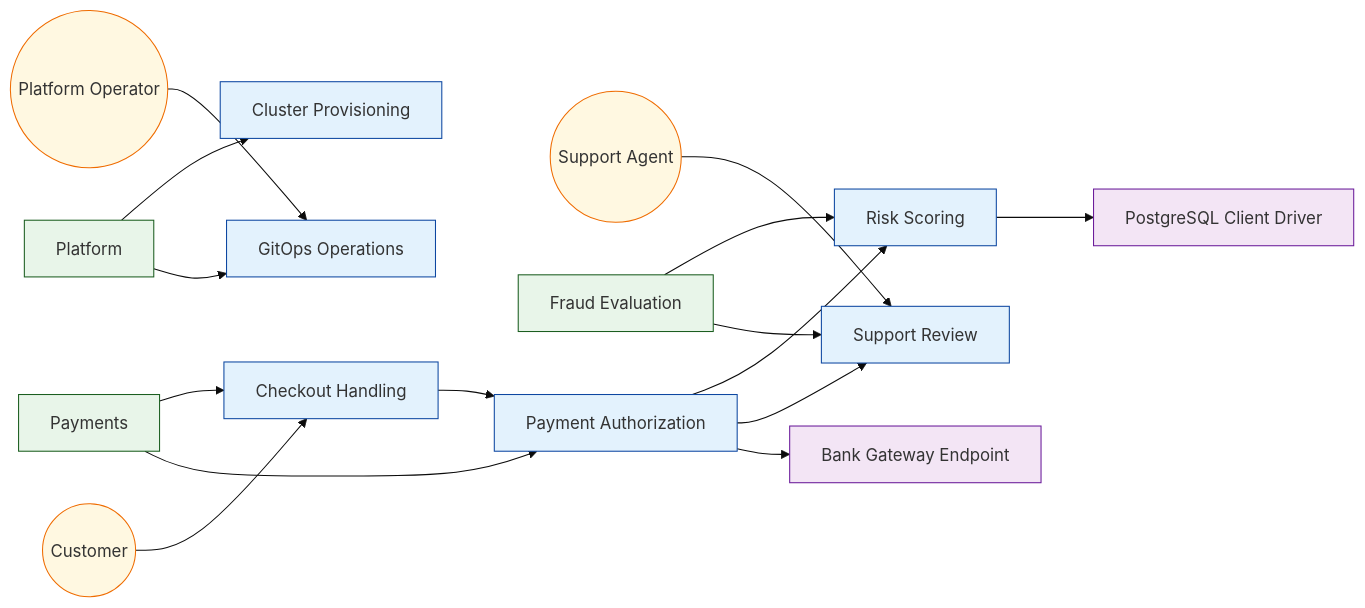
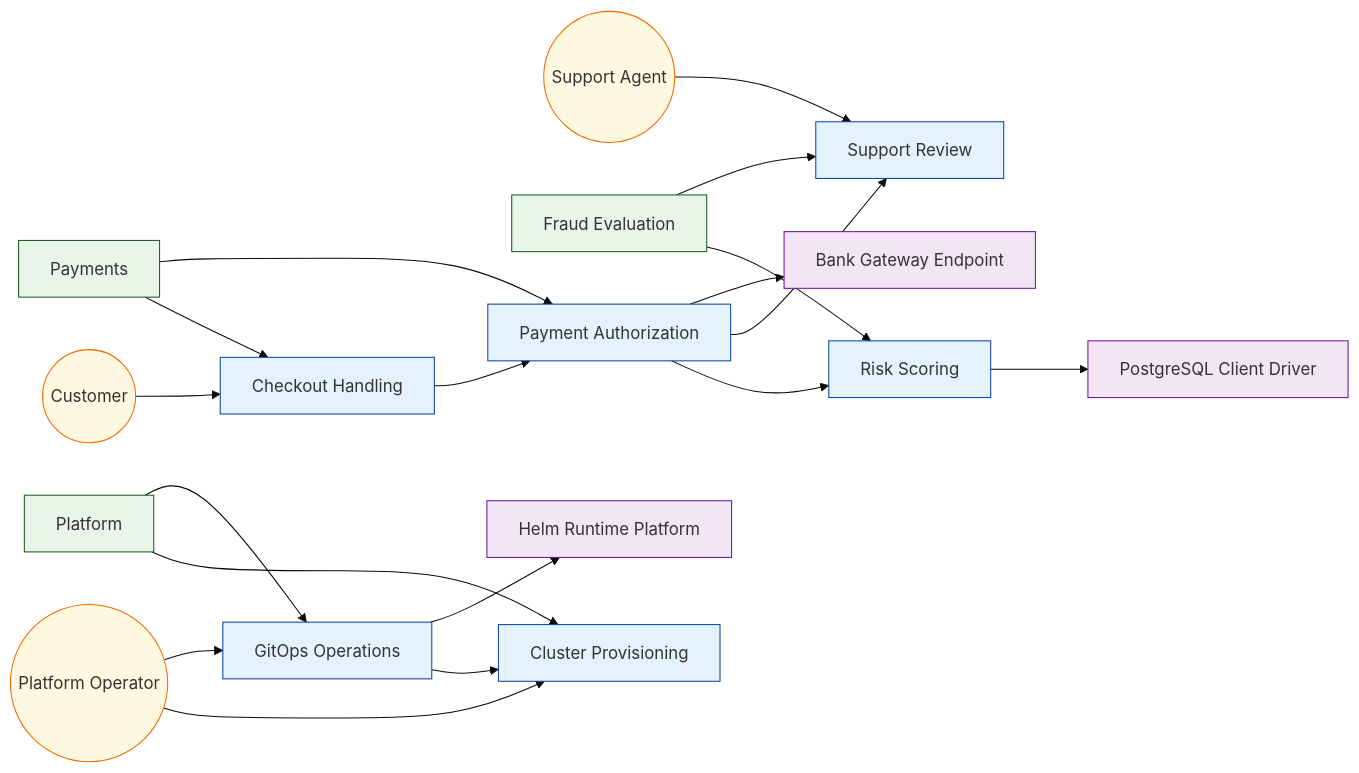
The diagram in examples/payments-engineering-sample/generated/VIEW-ARCHITECTURE-INTENT.mmd (labeth/engineering-model-go), drawn with Mermaid (base theme) before and after one commit. The commit also changed 48 other files, not shown here.

Commit message:
added flow view

```diff
--- a/examples/payments-engineering-sample/generated/VIEW-ARCHITECTURE-INTENT.mmd
+++ b/examples/payments-engineering-sample/generated/VIEW-ARCHITECTURE-INTENT.mmd
@@ -1,36 +1,49 @@
 flowchart LR
 %% view: VIEW-ARCHITECTURE-INTENT (architecture-intent)
 N_ACT_CUSTOMER(("Customer")):::actor
 N_ACT_PLATFORM_OPERATOR(("Platform Operator")):::actor
 N_ACT_SUPPORT(("Support Agent")):::actor
 N_FG_FRAUD["Fraud Evaluation"]:::functional_group
 N_FG_PAYMENTS["Payments"]:::functional_group
 N_FG_PLATFORM["Platform"]:::functional_group
 N_FU_CHECKOUT["Checkout Handling"]:::functional_unit
 N_FU_CLUSTER_PROVISIONING["Cluster Provisioning"]:::functional_unit
 N_FU_GITOPS_OPERATIONS["GitOps Operations"]:::functional_unit
 N_FU_PAYMENT_AUTHORIZATION["Payment Authorization"]:::functional_unit
 N_FU_RISK_SCORING["Risk Scoring"]:::functional_unit
 N_FU_SUPPORT_REVIEW["Support Review"]:::functional_unit
 N_REF_BANK_GATEWAY_ENDPOINT["Bank Gateway Endpoint"]:::referenced_element
+N_REF_HELM_PLATFORM["Helm Runtime Platform"]:::referenced_element
 N_REF_POSTGRES_DRIVER["PostgreSQL Client Driver"]:::referenced_element
 N_ACT_CUSTOMER --> N_FU_CHECKOUT
+N_ACT_PLATFORM_OPERATOR --> N_FU_CLUSTER_PROVISIONING
 N_ACT_PLATFORM_OPERATOR --> N_FU_GITOPS_OPERATIONS
 N_ACT_SUPPORT --> N_FU_SUPPORT_REVIEW
 N_FG_FRAUD --> N_FU_RISK_SCORING
 N_FG_FRAUD --> N_FU_SUPPORT_REVIEW
 N_FG_PAYMENTS --> N_FU_CHECKOUT
 N_FG_PAYMENTS --> N_FU_PAYMENT_AUTHORIZATION
 N_FG_PLATFORM --> N_FU_CLUSTER_PROVISIONING
 N_FG_PLATFORM --> N_FU_GITOPS_OPERATIONS
 N_FU_CHECKOUT --> N_FU_PAYMENT_AUTHORIZATION
+N_FU_GITOPS_OPERATIONS --> N_FU_CLUSTER_PROVISIONING
+N_FU_GITOPS_OPERATIONS --> N_REF_HELM_PLATFORM
 N_FU_PAYMENT_AUTHORIZATION --> N_FU_RISK_SCORING
 N_FU_PAYMENT_AUTHORIZATION --> N_FU_SUPPORT_REVIEW
 N_FU_PAYMENT_AUTHORIZATION --> N_REF_BANK_GATEWAY_ENDPOINT
 N_FU_RISK_SCORING --> N_REF_POSTGRES_DRIVER
 classDef functional_group fill:#e8f5e9,stroke:#1b5e20,stroke-width:1px;
 classDef functional_unit fill:#e3f2fd,stroke:#0d47a1,stroke-width:1px;
 classDef actor fill:#fff8e1,stroke:#ef6c00,stroke-width:1px;
 classDef attack_vector fill:#ffebee,stroke:#b71c1c,stroke-width:1px;
 classDef referenced_element fill:#f3e5f5,stroke:#6a1b9a,stroke-width:1px;
+classDef interface fill:#e8f5e9,stroke:#2e7d32,stroke-width:1px;
+classDef data_object fill:#fff3e0,stroke:#ef6c00,stroke-width:1px;
+classDef deployment_target fill:#ede7f6,stroke:#5e35b1,stroke-width:1px;
+classDef control fill:#fce4ec,stroke:#ad1457,stroke-width:1px;
+classDef trust_boundary fill:#e0f7fa,stroke:#006064,stroke-width:1px;
+classDef state fill:#e1f5fe,stroke:#0277bd,stroke-width:1px;
+classDef event fill:#fffde7,stroke:#f9a825,stroke-width:1px;
+classDef flow fill:#ede7f6,stroke:#4527a0,stroke-width:1px;
+classDef flow_step fill:#f1f8e9,stroke:#33691e,stroke-width:1px;
 classDef unknown fill:#ffffff,stroke:#adb5bd,stroke-width:1px;
```
